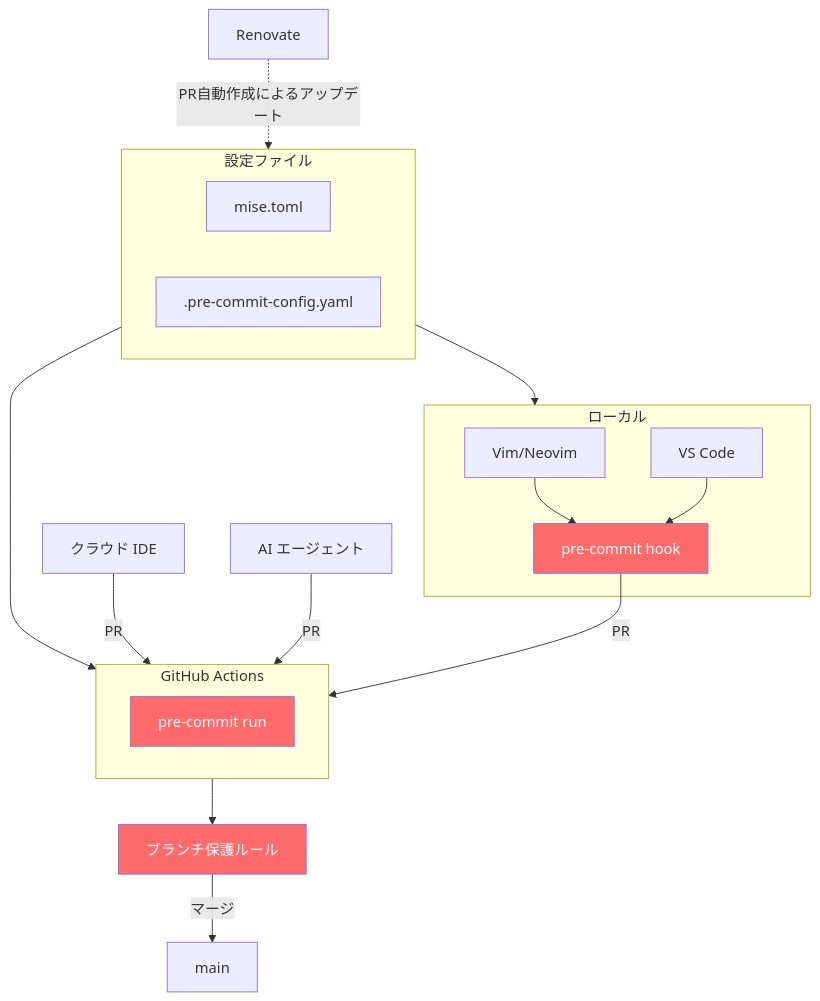
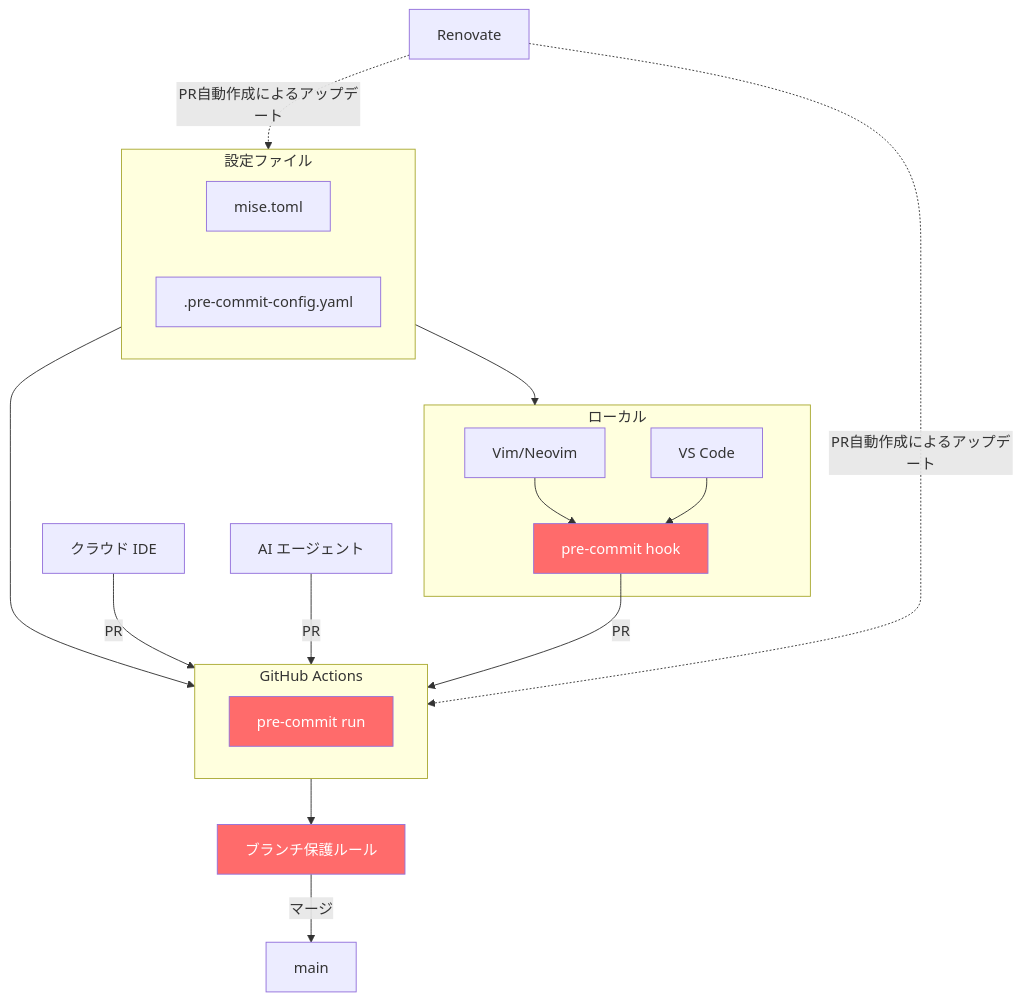
Before and after one commit to i9wa4/zenn-i9wa4: the diagram in articles/2025-12-06-ai-guardrails-local-cloud.md, drawn with Mermaid. The commit also changed other lines of this file, not shown here.

````diff
--- a/articles/2025-12-06-ai-guardrails-local-cloud.md
+++ b/articles/2025-12-06-ai-guardrails-local-cloud.md
@@ -29,34 +29,34 @@
 ```mermaid
 flowchart TB
     subgraph 設定ファイル
         F[mise.toml]
         G[.pre-commit-config.yaml]
     end
 
     設定ファイル --> ローカル & CI
 
     subgraph ローカル
         Vim[Vim/Neovim]
         VSCode[VS Code]
         L[pre-commit hook]
     end
     Vim --> L
     VSCode --> L
 
     Cloud[クラウド IDE] -->|PR| CI
     AI[AI エージェント] -->|PR| CI
     L -->|PR| CI
 
     subgraph CI[GitHub Actions]
         D[pre-commit run]
     end
 
     CI --> P[ブランチ保護ルール]
     P -->|マージ| M[main]
 
-    E[Renovate] -.->|PR自動作成によるアップデート| 設定ファイル
+    E[Renovate] -.->|PR自動作成によるアップデート| 設定ファイル & CI
 
     style L fill:#ff6b6b,color:#fff
     style D fill:#ff6b6b,color:#fff
     style P fill:#ff6b6b,color:#fff
 ```
````
